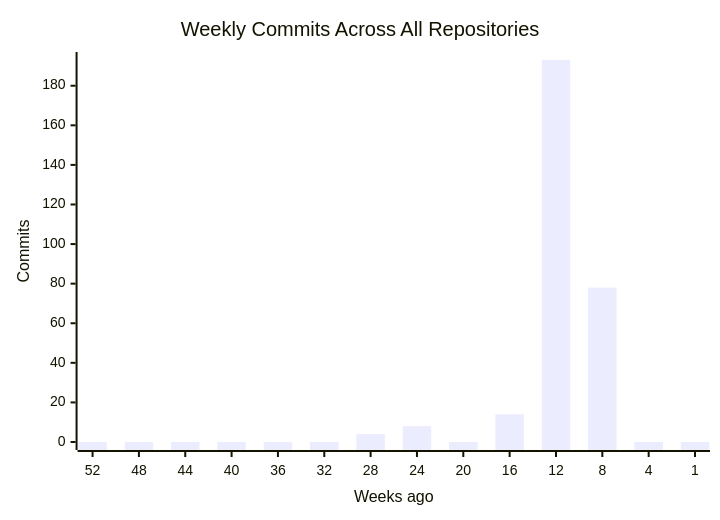
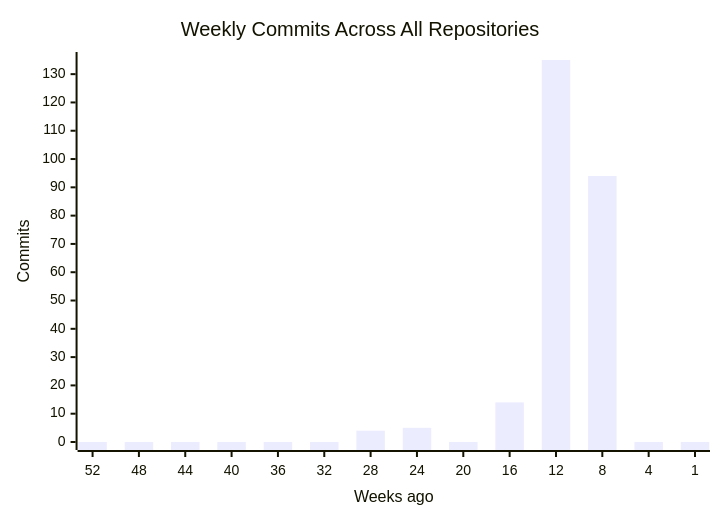
One commit to CSTH-Projects/.github changed the first of 4 diagrams in profile/README.md. Above: the diagram before and after it, drawn with Mermaid. The commit also changed other lines of this file, not shown here.

````diff
--- a/profile/README.md
+++ b/profile/README.md
@@ -16,7 +16,7 @@
 ```mermaid
 xychart-beta
     title "Weekly Commits Across All Repositories"
     x-axis "Weeks ago" [52, 48, 44, 40, 36, 32, 28, 24, 20, 16, 12, 8, 4, 1]
     y-axis "Commits"
-    bar [0, 0, 0, 0, 0, 0, 4, 8, 0, 14, 193, 78, 0, 0]
+    bar [0, 0, 0, 0, 0, 0, 4, 5, 0, 14, 135, 94, 0, 0]
 ```
````
